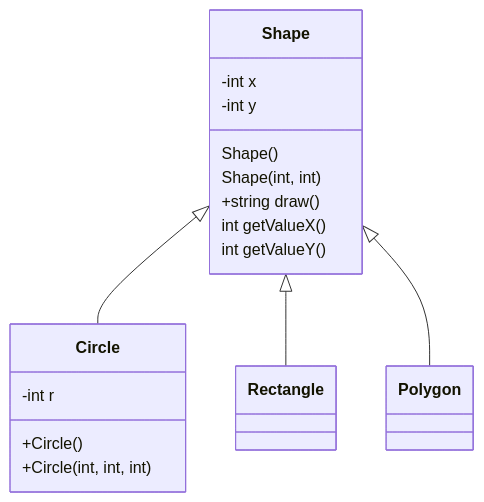
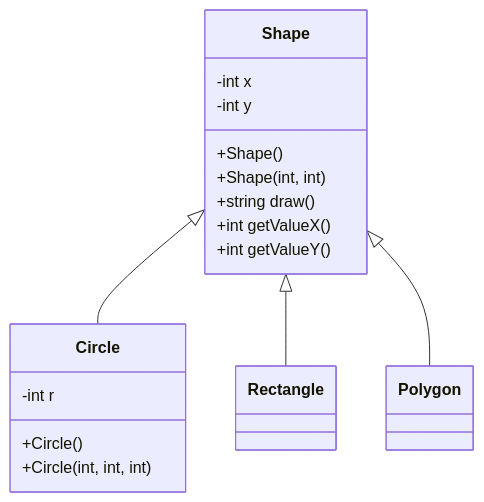
Before and after one commit to PedroMorenoTec/TC1030.cpp.herencia: the first of 2 diagrams in assignments/01-ShapeCircleRectanglePolygon/README.md, drawn with Mermaid. The commit also changed 1 other file, not shown here.

Commit message:
Lista la revisión...

````diff
--- a/assignments/01-ShapeCircleRectanglePolygon/README.md
+++ b/assignments/01-ShapeCircleRectanglePolygon/README.md
@@ -5,24 +5,24 @@
 ```mermaid
 classDiagram
       Shape <|-- Circle
       Shape <|-- Rectangle
       Shape <|-- Polygon
       Shape:-int x
       Shape:-int y
-      Shape:Shape()
-      Shape:Shape(int, int)
+      Shape:+Shape()
+      Shape:+Shape(int, int)
       Shape:+string draw()
-      Shape:int getValueX()
-      Shape:int getValueY()
+      Shape:+int getValueX()
+      Shape:+int getValueY()
       class Circle {
         -int r
         +Circle()
         +Circle(int, int, int)
       }
       class Rectangle {        
       }
       class Polygon {
       }
         
 
 ```
````
